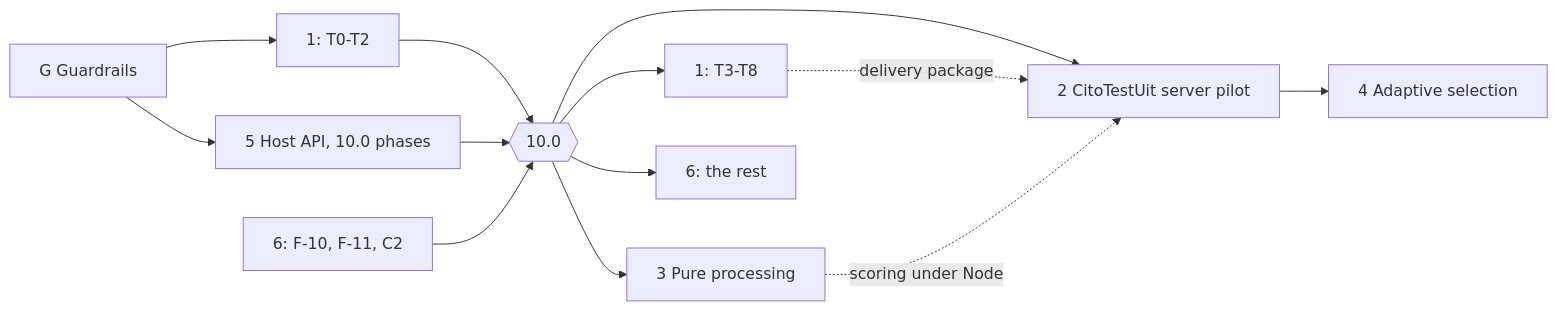
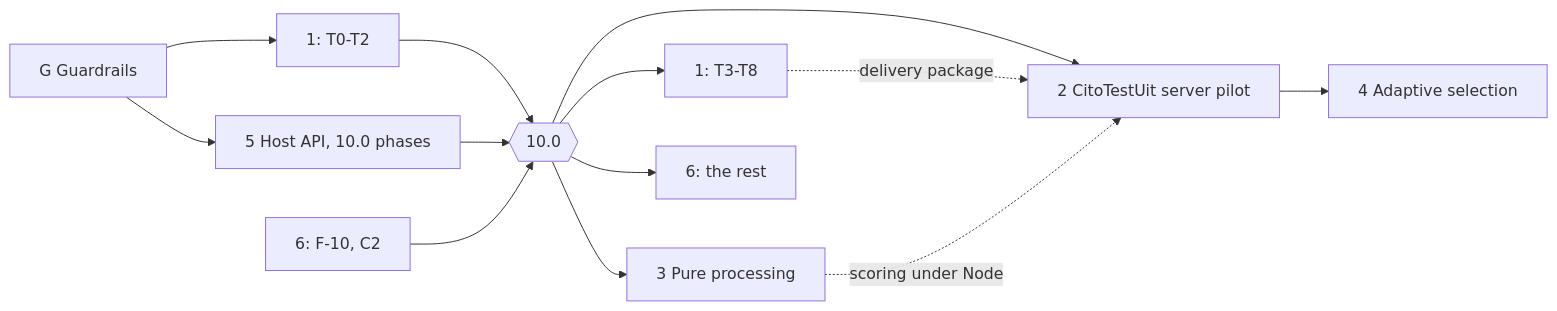
The diagram in plans/ROADMAP.md (Citolab/qti-components), drawn with Mermaid before and after one commit. The commit also changed other lines of this file and 3 other files, not shown here.

````diff
--- a/plans/ROADMAP.md
+++ b/plans/ROADMAP.md
@@ -22,15 +22,15 @@
 ```mermaid
 graph LR
   G[G Guardrails] --> R1a[1: T0-T2]
   G --> R5[5 Host API, 10.0 phases]
   R1a --> V10{{10.0}}
   R5 --> V10
-  R6a[6: F-10, F-11, C2] --> V10
+  R6a[6: F-10, C2] --> V10
   V10 --> R1b[1: T3-T8]
   V10 --> R2[2 CitoTestUit server pilot]
   V10 --> R3[3 Pure processing]
   R2 --> R4[4 Adaptive selection]
   V10 --> R6b[6: the rest]
   R1b -. delivery package .-> R2
   R3 -. scoring under Node .-> R2
 ```
````
